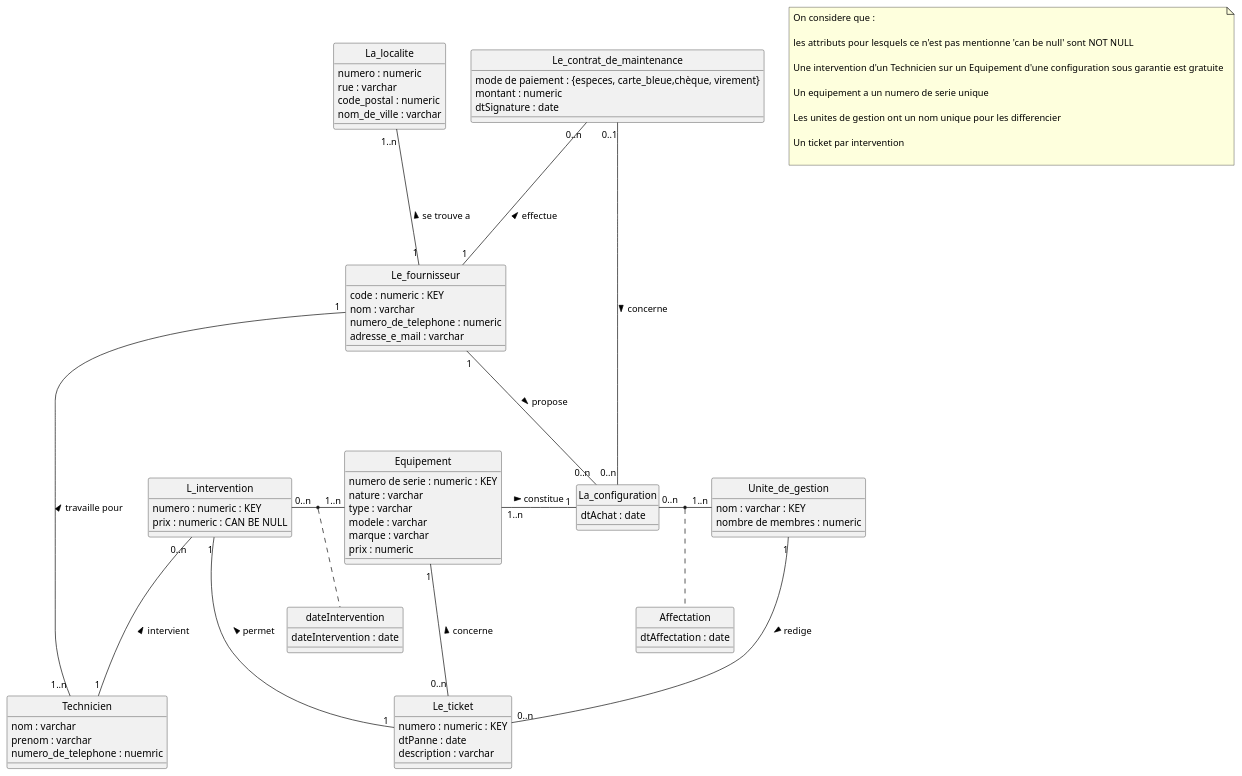
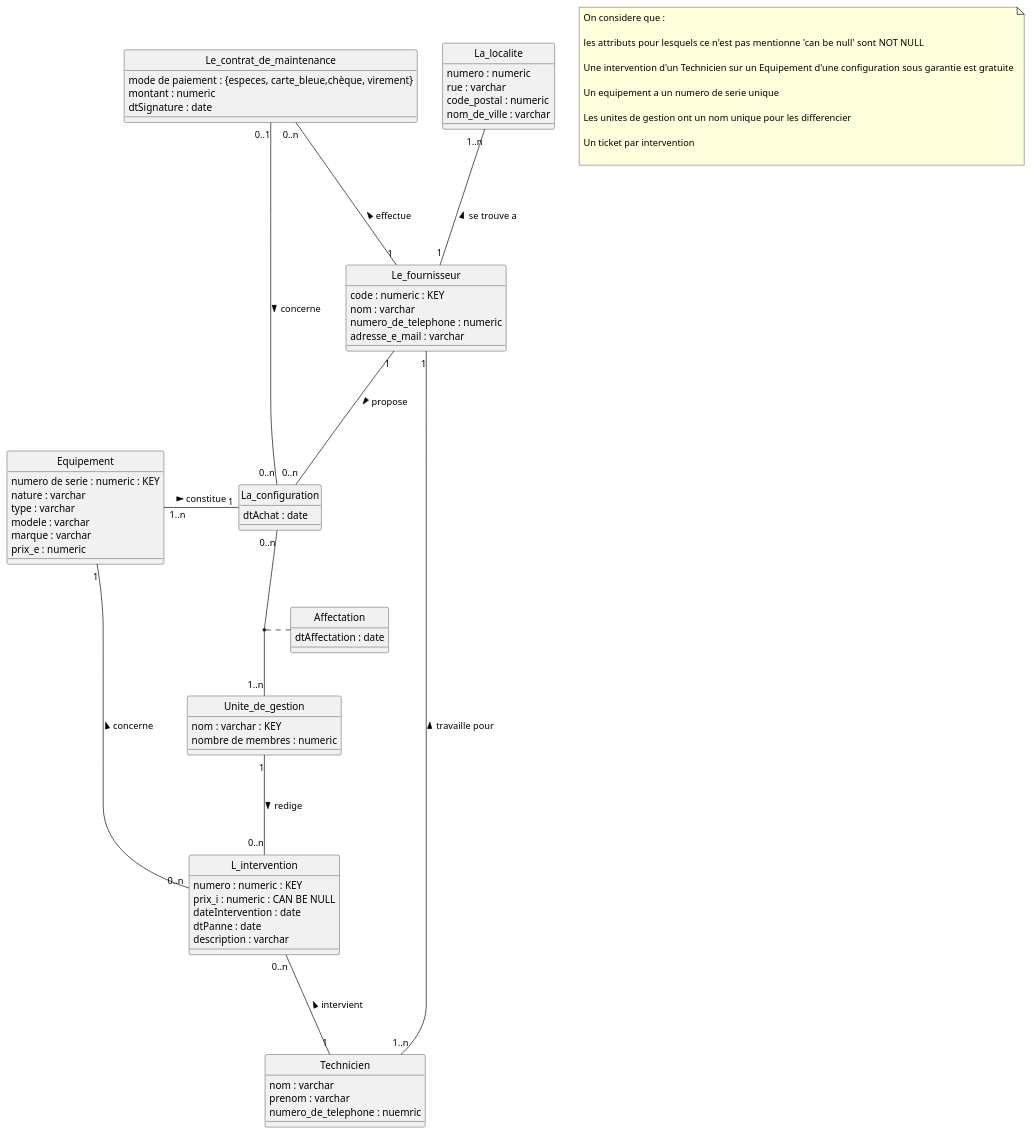
One commit to pltheoclement/nf18 changed the diagram in Parc informatique.plantuml. Above: the diagram before and after it, drawn with PlantUML.

Commit message:
Update Parc informatique.plantuml

```diff
--- a/Parc informatique.plantuml
+++ b/Parc informatique.plantuml
@@ -1,102 +1,96 @@
 @startuml
 hide circle
 
 class Equipement {
   numero de serie : numeric : KEY
   nature : varchar
   type : varchar
   modele : varchar
   marque : varchar
-  prix : numeric
-}
-
-class Le_ticket {
-  numero : numeric : KEY
-  dtPanne : date
-  description : varchar
+  prix_e : numeric
 }
 
 
 class L_intervention {
   numero : numeric : KEY
-  prix : numeric : CAN BE NULL
+  prix_i : numeric : CAN BE NULL
+  dateIntervention : date
+  dtPanne : date
+  description : varchar
 }
 
 class Technicien {
   nom : varchar
   prenom : varchar
   numero_de_telephone : nuemric
 }
 
 class La_configuration {
   dtAchat : date
 }
 
 
 class Le_fournisseur {
   code : numeric : KEY
   nom : varchar
   numero_de_telephone : numeric
   adresse_e_mail : varchar
 }
 
 class La_localite {
   numero : numeric
   rue : varchar
   code_postal : numeric
   nom_de_ville : varchar
 }
 
 
 class Le_contrat_de_maintenance {
   mode de paiement : {especes, carte_bleue,chèque, virement}
   montant : numeric
   dtSignature : date
 }
 
 
 class Unite_de_gestion {
  nom : varchar : KEY
  nombre de membres : numeric
 }
 
 
 class Affectation {
   dtAffectation : date
 }
 
-class dateIntervention {
-  dateIntervention : date
-}
+
 
 Le_fournisseur "1" -- "1..n" Technicien : travaille pour <
 L_intervention "0..n" --- "1" Technicien : intervient <
-La_configuration "0..n" - "1..n" Unite_de_gestion
+La_configuration "0..n" -- "1..n" Unite_de_gestion
 (La_configuration,Unite_de_gestion) . Affectation
-L_intervention "0..n" - "1..n" Equipement
 Le_contrat_de_maintenance "0..1" -- "0..n" La_configuration : concerne >
 Le_fournisseur "1" --- "0..n" La_configuration : propose >
 Equipement "1..n" - "1" La_configuration : constitue >
 La_localite "1..n" --- "1" Le_fournisseur : se trouve a <
 Le_contrat_de_maintenance "0..n" --- "1" Le_fournisseur  : effectue <
-Unite_de_gestion "1" --- "0..n" Le_ticket : redige >
-Equipement "1" -- "0..n" Le_ticket : concerne <
-L_intervention "1" -- "1" Le_ticket : permet <
-(L_intervention,Equipement) . dateIntervention
+Unite_de_gestion "1" --- "0..n" L_intervention : redige >
+Equipement "1" -- "0..n" L_intervention : concerne <
+
+
 
 note as n1
   On considere que :
 
   les attributs pour lesquels ce n'est pas mentionne 'can be null' sont  NOT NULL
 
   Une intervention d'un Technicien sur un Equipement d'une configuration sous garantie est gratuite
 
   Un equipement a un numero de serie unique
 
   Les unites de gestion ont un nom unique pour les differencier
 
   Un ticket par intervention
 
  end note
 
 @enduml
```
